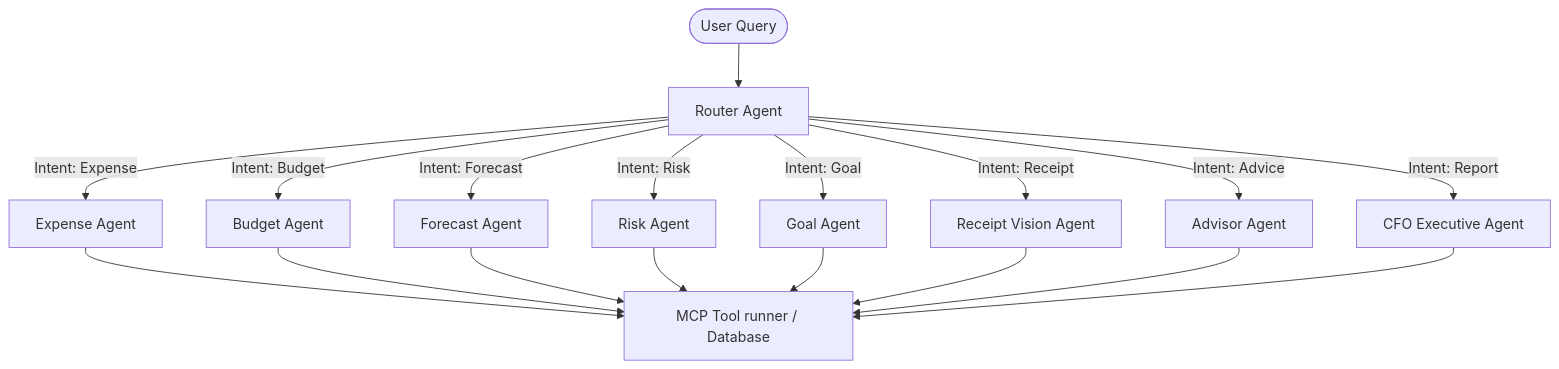
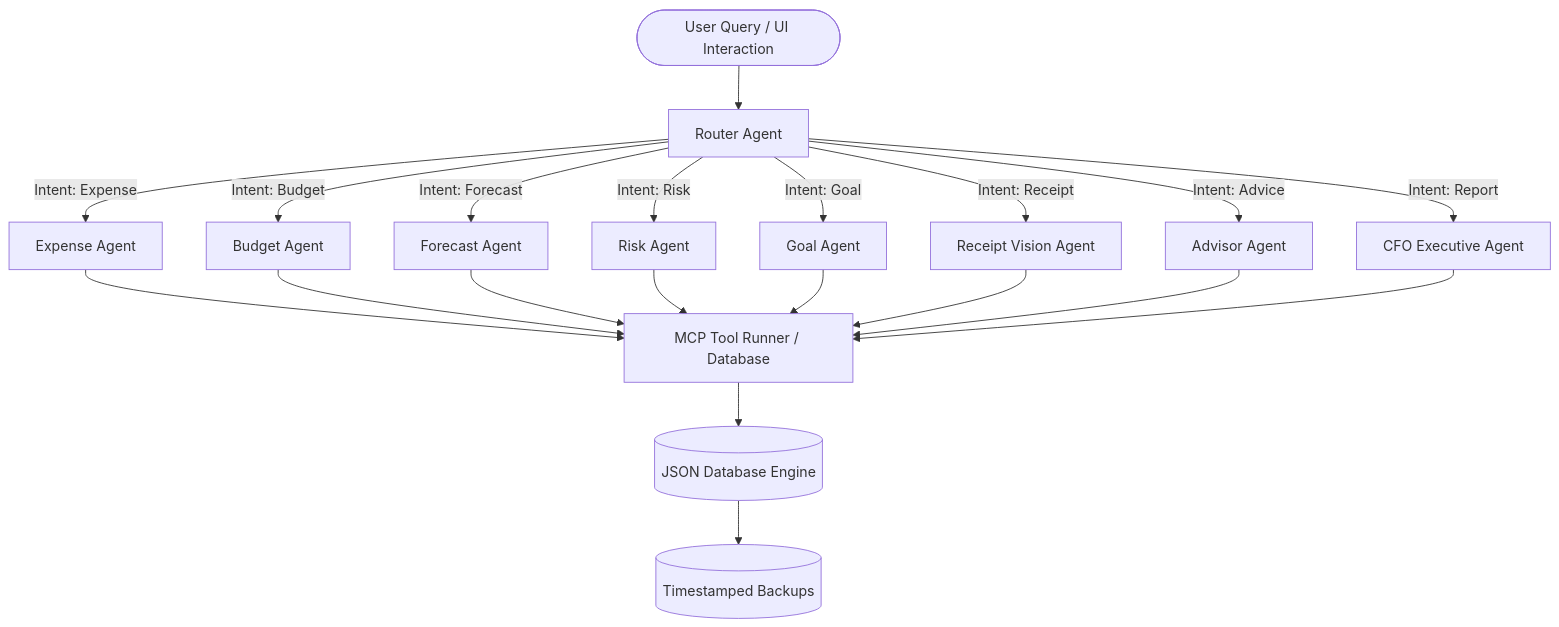
One commit to mohin-2007/PocketSense-AI changed the first of 2 diagrams in README.md. Above: the diagram before and after it, drawn with Mermaid. The commit also changed other lines of this file, not shown here.

Commit message:
docs: Update README.md with comprehensive capstone architecture and specifications

````diff
--- a/README.md
+++ b/README.md
@@ -24,22 +43,25 @@
 ```mermaid
 graph TD
-    User([User Query]) --> Router[Router Agent]
+    User([User Query / UI Interaction]) --> Router[Router Agent]
     
     Router -->|Intent: Expense| ExpenseAgent[Expense Agent]
     Router -->|Intent: Budget| BudgetAgent[Budget Agent]
     Router -->|Intent: Forecast| ForecastAgent[Forecast Agent]
     Router -->|Intent: Risk| RiskAgent[Risk Agent]
     Router -->|Intent: Goal| GoalAgent[Goal Agent]
     Router -->|Intent: Receipt| ReceiptAgent[Receipt Vision Agent]
     Router -->|Intent: Advice| AdvisorAgent[Advisor Agent]
     Router -->|Intent: Report| CFOAgent[CFO Executive Agent]
     
-    ExpenseAgent --> MCP[MCP Tool runner / Database]
+    ExpenseAgent --> MCP[MCP Tool Runner / Database]
     BudgetAgent --> MCP
     ForecastAgent --> MCP
     RiskAgent --> MCP
     GoalAgent --> MCP
     ReceiptAgent --> MCP
     AdvisorAgent --> MCP
     CFOAgent --> MCP
+    
+    MCP --> JSON_DB[(JSON Database Engine)]
+    JSON_DB --> Backups[(Timestamped Backups)]
 ```
````
